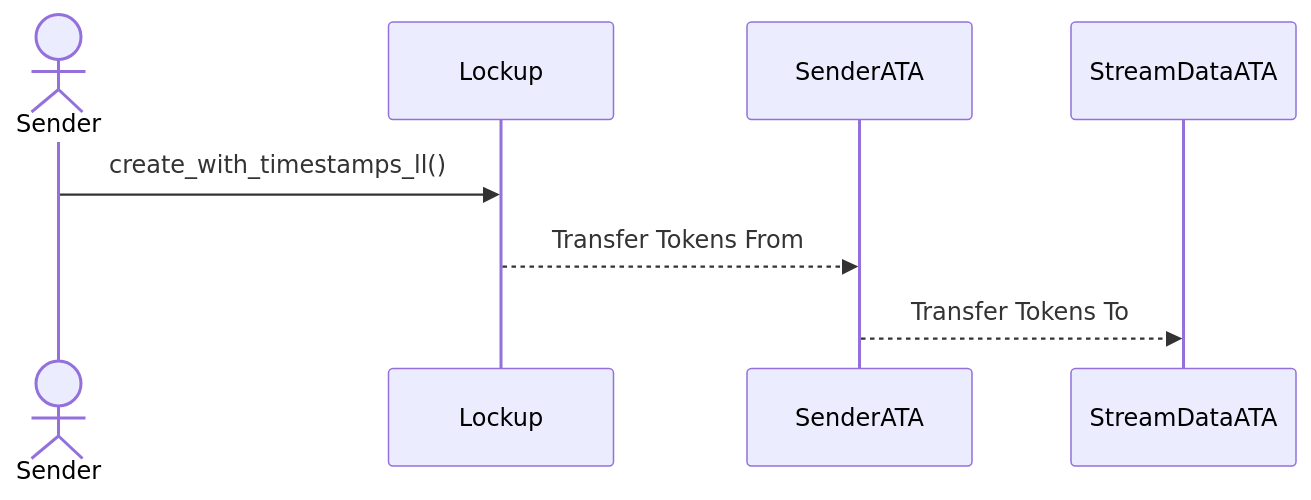
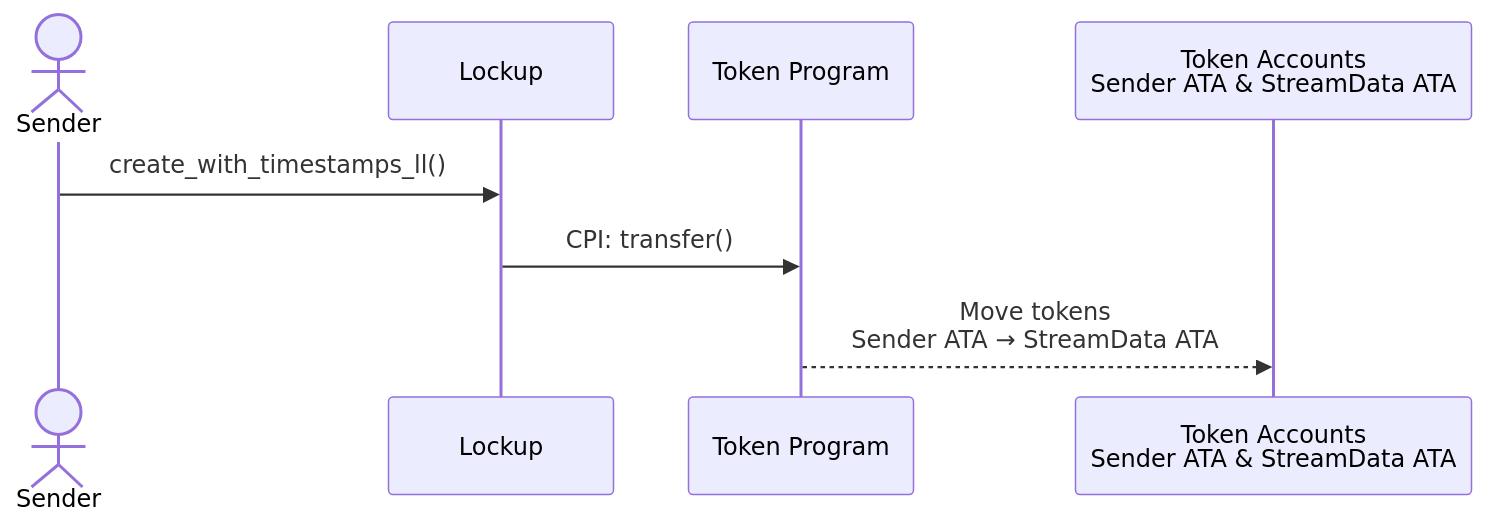
Before and after one commit to sablier-labs/docs: the eighth of 10 diagrams in docs/solana/accounts-architecture/01-lockup.md, drawn with Mermaid. The commit also changed other lines of this file and 1 other file, not shown here.

Commit message:
improve token diagrams

````diff
--- a/docs/solana/accounts-architecture/01-lockup.md
+++ b/docs/solana/accounts-architecture/01-lockup.md
@@ -133,8 +133,11 @@
 ```mermaid
 sequenceDiagram
     actor Sender
+    participant Lockup
+    participant TokenProgram as Token Program
+    participant Accounts as Token Accounts<br/>Sender ATA & StreamData ATA
 
     Sender->>Lockup: create_with_timestamps_ll()
-    Lockup -->> SenderATA: Transfer Tokens From
-    SenderATA -->> StreamDataATA: Transfer Tokens To
+    Lockup->>TokenProgram: CPI: transfer()
+    TokenProgram-->>Accounts: Move tokens<br/>Sender ATA → StreamData ATA
 ```
````
